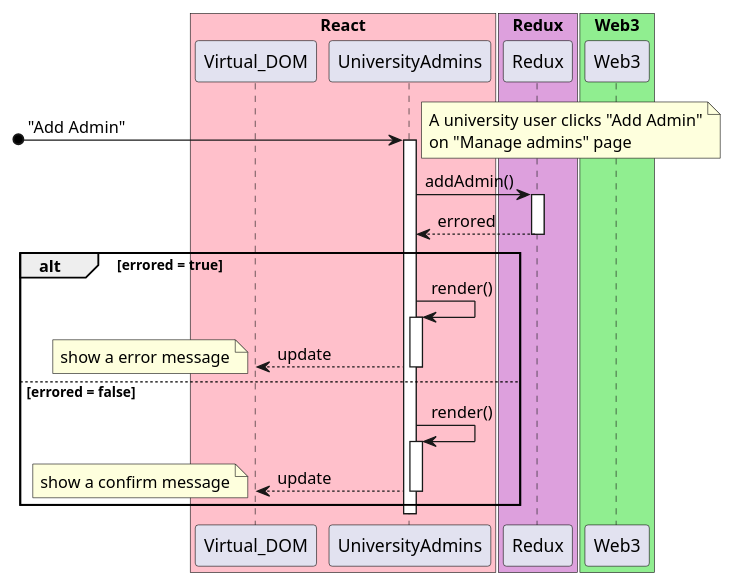
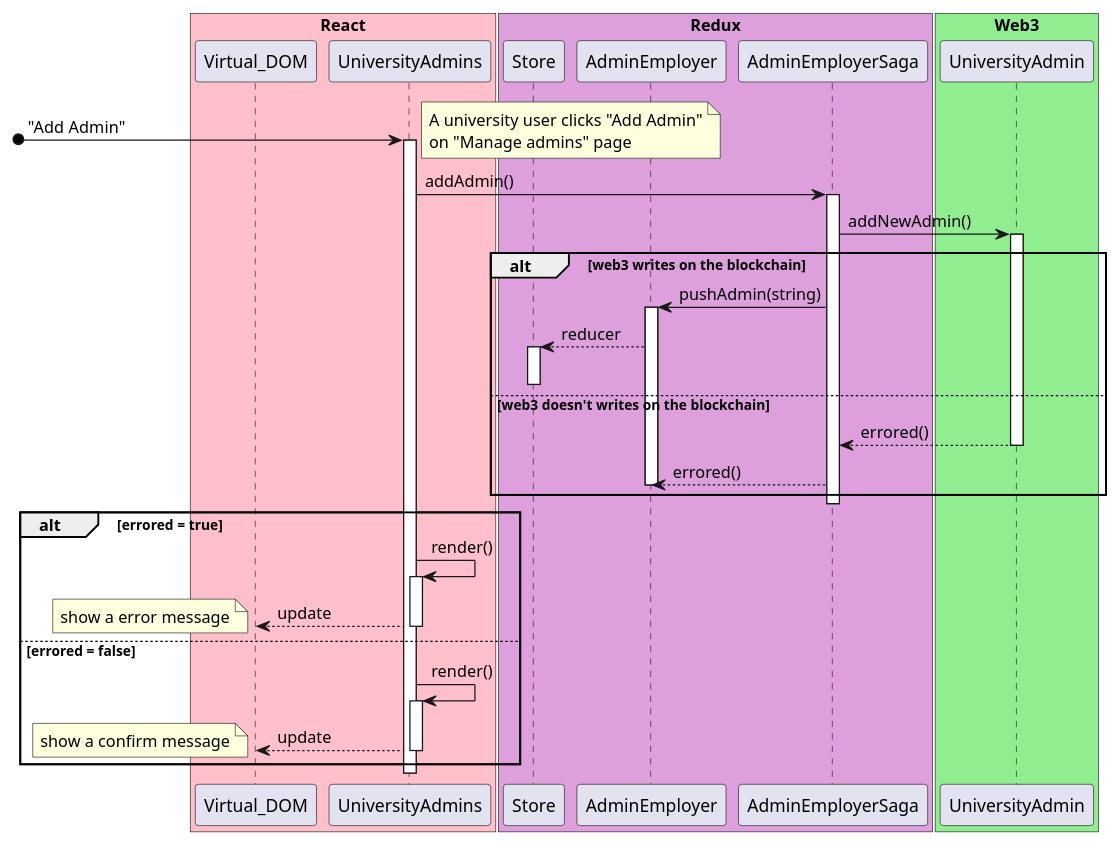
Before and after one commit to M9k/Marvin-Uml: the diagram in sequenza/addinfo.iuml, drawn with PlantUML.

Commit message:
addInfo  parte redux

```diff
--- a/sequenza/addinfo.iuml
+++ b/sequenza/addinfo.iuml
@@ -1,45 +1,70 @@
 @startuml
 
 box "React" #Pink
 participant Virtual_DOM
 participant UniversityAdmins
 end box
 
 box "Redux" #Plum
-participant Redux
+participant Store
+participant AdminEmployer
+participant AdminEmployerSaga
 end box
 
 box "Web3" #LightGreen
-participant Web3
+participant UniversityAdmin
 end box
 
 [o-> UniversityAdmins: "Add Admin"
 note left: A university user clicks "Add Admin"\non "Manage admins" page
 activate UniversityAdmins
 
-UniversityAdmins -> Redux: addAdmin()
-activate Redux
+UniversityAdmins -> AdminEmployerSaga: addAdmin()
+activate AdminEmployerSaga
 
-Redux --> UniversityAdmins: errored
-deactivate Redux
+AdminEmployerSaga -> UniversityAdmin: addNewAdmin()
+activate UniversityAdmin
+
+
+alt  web3 writes on the blockchain
+    AdminEmployerSaga -> AdminEmployer: pushAdmin(string)
+    activate AdminEmployer
+
+    AdminEmployer --> Store: reducer
+    activate Store
+    deactivate Store
+
+
+else  web3 doesn't writes on the blockchain
+    UniversityAdmin --> AdminEmployerSaga: errored()
+    deactivate UniversityAdmin
+
+    AdminEmployerSaga --> AdminEmployer: errored()
+    deactivate AdminEmployer
+
+end
+
+deactivate AdminEmployerSaga
+
+
 
 alt errored = true
     UniversityAdmins -> UniversityAdmins: render()
     activate UniversityAdmins
 
     UniversityAdmins --> Virtual_DOM: update
     note left: show a error message
     deactivate UniversityAdmins
 
 else errored = false
     UniversityAdmins -> UniversityAdmins: render()
     activate UniversityAdmins
 
     UniversityAdmins --> Virtual_DOM: update
     note left: show a confirm message
     deactivate UniversityAdmins
 end
 
 deactivate UniversityAdmins
 
 @enduml
```
